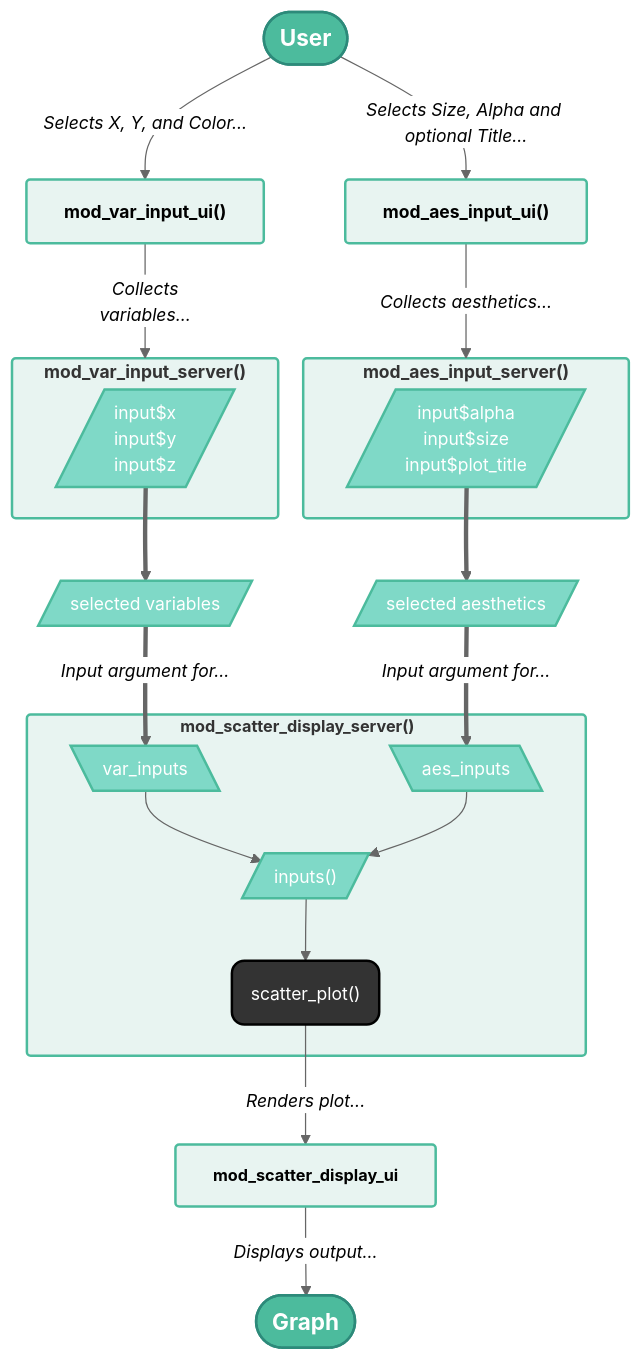
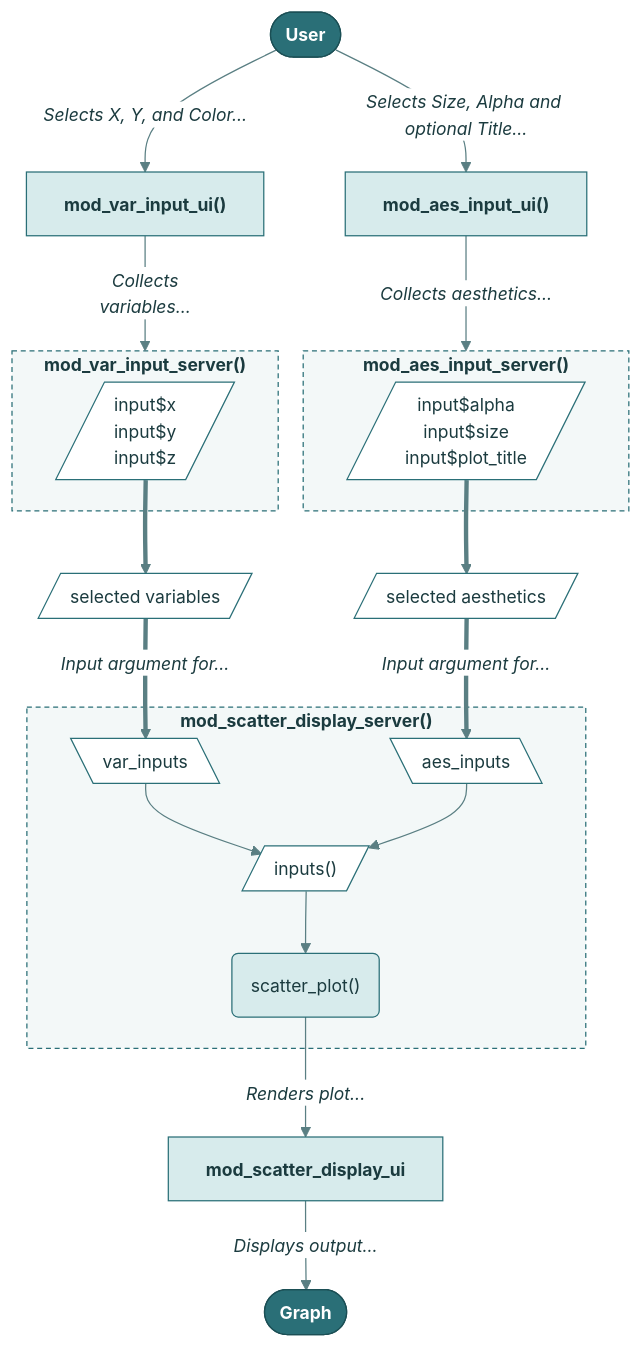
Before and after one commit to mjfrigaard/shiny-app-pkgs: the diagram in golem.qmd, drawn with Mermaid. The commit also changed 22 other files, not shown here.

First line of the commit message:
Standardize mermaid diagrams on the site teal palette

````diff
--- a/golem.qmd
+++ b/golem.qmd
@@ -86,60 +86,50 @@
 ```{mermaid}
 %%| fig-align: center
 %%| fig-cap: 'Variable and aesthetic input modules'
-%%{init: {'theme': 'neutral', 'themeVariables': { 'fontFamily': 'monospace', "fontSize":"14px"}}}%%
+%%{init: {'theme': 'base', 'themeVariables': { 'fontFamily': 'monospace', "fontSize":"14px", "primaryColor":"#D7EBEC", "primaryTextColor":"#1B3B3F", "primaryBorderColor":"#2A6F77", "lineColor":"#5A7F83", "edgeLabelBackground":"#FFFFFF", "clusterBkg":"#F3F8F8", "clusterBorder":"#2A6F77", "darkMode":false}}}%%
 flowchart TD
     User(["<strong>User</strong>"])
     mod_var_input_ui["<strong>mod_var_input_ui()</strong>"]
     mod_aes_input_ui["<strong>mod_aes_input_ui()</strong>"]
     mod_scatter_display_ui["<strong>mod_scatter_display_ui</strong>"] 
     
     subgraph mod_scatter_display_server["<strong>mod_scatter_display_server()</strong>"]
         var_inputs[\"var_inputs"\]
         aes_inputs[\"aes_inputs"\]
         inputs[/"inputs()"/]
         scatter_plot("scatter_plot()")
     end
     
     subgraph mod_var_input_server["<strong>mod_var_input_server()</strong>"]
         VarReactives[/"input$x<br>input$y<br>input$z"/]
     end
     subgraph mod_aes_input_server["<strong>mod_aes_input_server()</strong>"]
         AesReactives[/"input$alpha<br>input$size<br>input$plot_title"/]
     end
 
     selected_vars[/"selected variables"/]
     selected_aes[/"selected aesthetics"/]
     
     User --> |"<em>Selects X, Y, and Color...</em>"|mod_var_input_ui
     User --> |"<em>Selects Size, Alpha and optional Title...</em>"|mod_aes_input_ui
     mod_var_input_ui --> |"<em>Collects<br>variables...</em>"|mod_var_input_server
     mod_aes_input_ui --> |"<em>Collects aesthetics...</em>"|mod_aes_input_server
     VarReactives ==> selected_vars
     AesReactives ==> selected_aes
     selected_vars ==>|"<em>Input argument for...</em>"|var_inputs
     selected_aes ==>|"<em>Input argument for...</em>"|aes_inputs
     var_inputs & aes_inputs --> inputs --> scatter_plot
     scatter_plot -->|"<em>Renders plot...</em>"|mod_scatter_display_ui
     mod_scatter_display_ui -->|"<em>Displays output...</em>"|Display(["<strong>Graph</strong>"])
-    
-    style User fill:#4CBB9D,color:#fff,stroke:#2d8a7a,stroke-width:2px,font-size:18px
-    style Display fill:#4CBB9D,color:#fff,stroke:#2d8a7a,stroke-width:2px,font-size:18px
 
-    style mod_scatter_display_ui fill:#e8f4f1,stroke:#4CBB9D,stroke-width:2px,rx:3,ry:3,font-size:13px
-    style mod_scatter_display_server fill:#e8f4f1,stroke:#4CBB9D,stroke-width:2px,rx:3,ry:3,font-size:13px
-    style mod_var_input_server fill:#e8f4f1,stroke:#4CBB9D,stroke-width:2px,rx:3,ry:3,font-size:14px
-    style mod_var_input_ui fill:#e8f4f1,stroke:#4CBB9D,stroke-width:2px,rx:3,ry:3,font-size:14px
-    style mod_aes_input_server fill:#e8f4f1,stroke:#4CBB9D,stroke-width:2px,rx:3,ry:3,font-size:14px
-    style mod_aes_input_ui fill:#e8f4f1,stroke:#4CBB9D,stroke-width:2px,rx:3,ry:3,font-size:14px
-
-    style AesReactives fill:#7fd9c7,stroke:#4CBB9D,stroke-width:2px,color:#fff,font-size:14px
-    style VarReactives fill:#7fd9c7,stroke:#4CBB9D,stroke-width:2px,color:#fff,font-size:14px
-    style selected_vars fill:#7fd9c7,stroke:#4CBB9D,stroke-width:2px,color:#fff
-    style selected_aes fill:#7fd9c7,stroke:#4CBB9D,stroke-width:2px,color:#fff
-    style var_inputs fill:#7fd9c7,stroke:#4CBB9D,stroke-width:2px,color:#fff
-    style aes_inputs fill:#7fd9c7,stroke:#4CBB9D,stroke-width:2px,color:#fff
-    style inputs fill:#7fd9c7,stroke:#4CBB9D,stroke-width:2px,color:#fff
-
-    style scatter_plot fill:#333,color:#FFF,stroke:#000,stroke-width:2px,rx:10,ry:10
-    
+    classDef term fill:#2A6F77,color:#FFFFFF,stroke:#1B4F55,stroke-width:1px
+    classDef step fill:#D7EBEC,color:#1B3B3F,stroke:#2A6F77,stroke-width:1px
+    classDef decision fill:#F4C26B,color:#3D2A00,stroke:#B7832B,stroke-width:1px
+    classDef io fill:#FFFFFF,color:#1B3B3F,stroke:#2A6F77,stroke-width:1px
+    class User,Display term
+    class mod_var_input_ui,mod_aes_input_ui,mod_scatter_display_ui,scatter_plot step
+    class var_inputs,aes_inputs,inputs,VarReactives,AesReactives,selected_vars,selected_aes io
+    style mod_scatter_display_server fill:#F3F8F8,color:#1B3B3F,stroke:#2A6F77,stroke-width:1px,stroke-dasharray:4 3
+    style mod_var_input_server fill:#F3F8F8,color:#1B3B3F,stroke:#2A6F77,stroke-width:1px,stroke-dasharray:4 3
+    style mod_aes_input_server fill:#F3F8F8,color:#1B3B3F,stroke:#2A6F77,stroke-width:1px,stroke-dasharray:4 3
 ```
````
